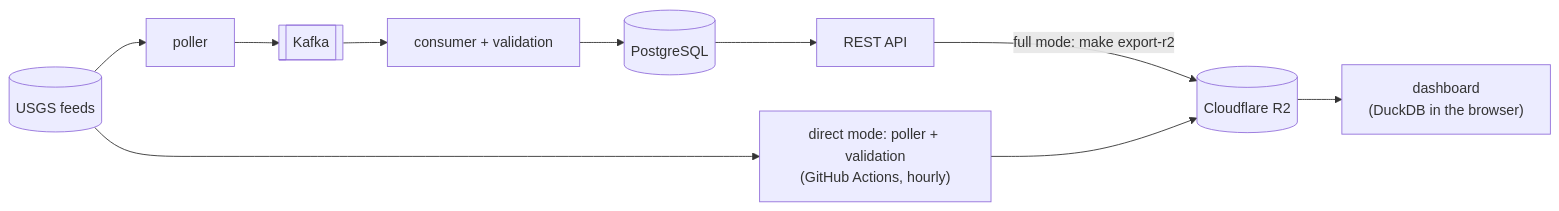
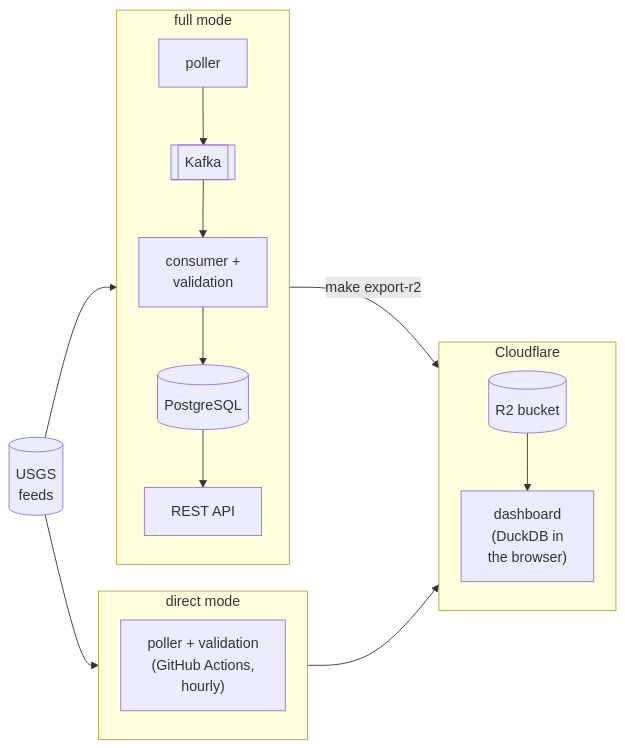
The first of 2 diagrams in README.md (dienarvaez1/earth-hub), drawn with Mermaid before and after one commit. The commit also changed other lines of this file and 2 other files, not shown here.

Commit message:
docs: lay out the flowcharts and state diagrams near square
The overview and the other flowcharts ran left to right, up to 7.5 times
wider than tall. They now run top to bottom, with subgraphs for each mode
and tighter layer spacing, between 0.8 and 1.2 wide for each unit of
height. The overview drops the dotted replay edge, which drew a cycle
through the layout; the handover's sequence diagram shows the replay.

````diff
--- a/README.md
+++ b/README.md
@@ -15,6 +15,22 @@
 ```mermaid
+%%{init: {"flowchart": {"rankSpacing": 40, "nodeSpacing": 30}}}%%
 flowchart LR
-    usgs[("USGS feeds")] --> poller --> kafka[["Kafka"]] --> consumer["consumer + validation"] --> pg[("PostgreSQL")] --> api["REST API"]
-    api -- "full mode: make export-r2" --> r2[("Cloudflare R2")] --> dash["dashboard<br/>(DuckDB in the browser)"]
-    usgs --> direct["direct mode: poller + validation<br/>(GitHub Actions, hourly)"] --> r2
+    usgs[("USGS<br/>feeds")]
+    subgraph full["full mode"]
+        direction TB
+        poller --> kafka[["Kafka"]] --> consumer["consumer +<br/>validation"]
+        consumer --> pg[("PostgreSQL")] --> api["REST API"]
+    end
+    subgraph directmode["direct mode"]
+        direction TB
+        direct["poller + validation<br/>(GitHub Actions,<br/>hourly)"]
+    end
+    subgraph cf["Cloudflare"]
+        direction TB
+        r2[("R2 bucket")] --> dash["dashboard<br/>(DuckDB in<br/>the browser)"]
+    end
+    usgs --> full
+    usgs --> directmode
+    full -- "make export-r2" --> cf
+    directmode --> cf
 ```
````
